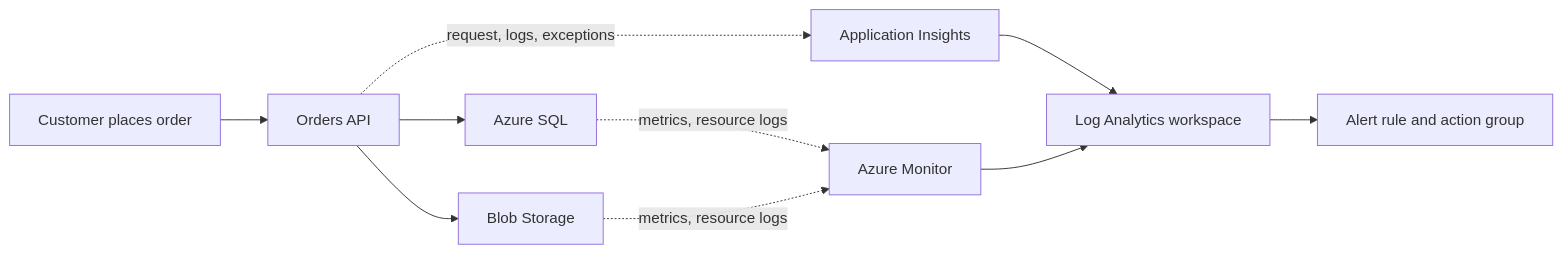
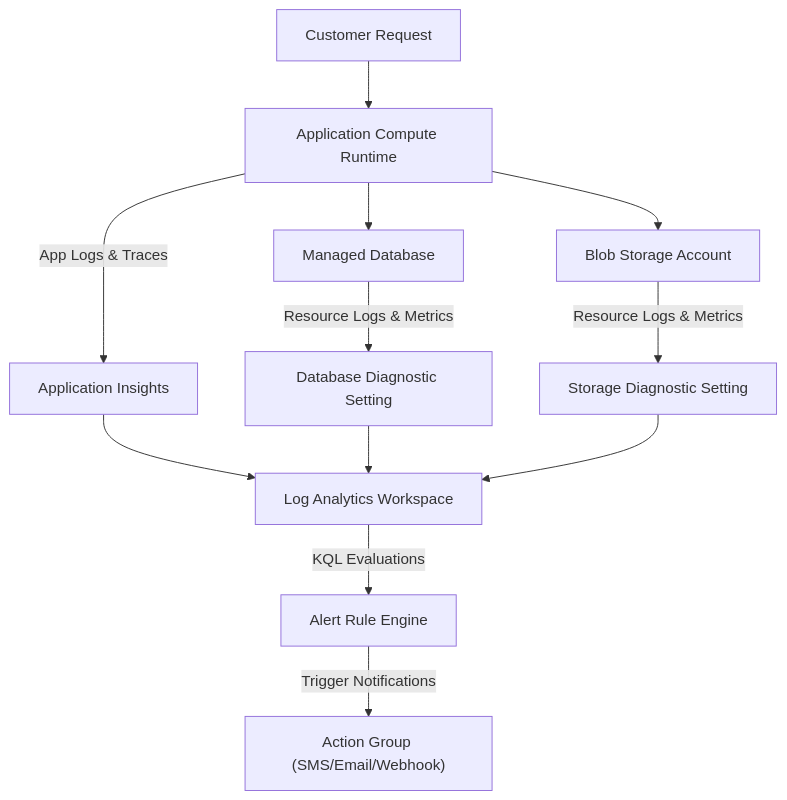
The diagram in cloud-providers/azure/observability/what-is-observability.md (senlinyy/dev-roadmaps), drawn with Mermaid before and after one commit. The commit also changed other lines of this file and 142 other files, not shown here.

````diff
--- a/cloud-providers/azure/observability/what-is-observability.md
+++ b/cloud-providers/azure/observability/what-is-observability.md
@@ -49,12 +46,17 @@
 ```mermaid
-flowchart LR
-    User["Customer places order"] --> Api["Orders API"]
-    Api --> Sql["Azure SQL"]
-    Api --> Blob["Blob Storage"]
-    Api -. "request, logs, exceptions" .-> Appi["Application Insights"]
-    Sql -. "metrics, resource logs" .-> Monitor["Azure Monitor"]
-    Blob -. "metrics, resource logs" .-> Monitor
-    Appi --> Workspace["Log Analytics workspace"]
-    Monitor --> Workspace
-    Workspace --> Alert["Alert rule and action group"]
+flowchart TD
+    User["Customer Request"] --> App["Application Compute Runtime"]
+    App --> Database["Managed Database"]
+    App --> Storage["Blob Storage Account"]
+
+    App -->|"App Logs & Traces"| AppInsights["Application Insights"]
+    Database -->|"Resource Logs & Metrics"| DiagDB["Database Diagnostic Setting"]
+    Storage -->|"Resource Logs & Metrics"| DiagST["Storage Diagnostic Setting"]
+
+    AppInsights --> Workspace["Log Analytics Workspace"]
+    DiagDB --> Workspace
+    DiagST --> Workspace
+
+    Workspace -->|"KQL Evaluations"| AlertEngine["Alert Rule Engine"]
+    AlertEngine -->|"Trigger Notifications"| ActionGroup["Action Group (SMS/Email/Webhook)"]
 ```
````
